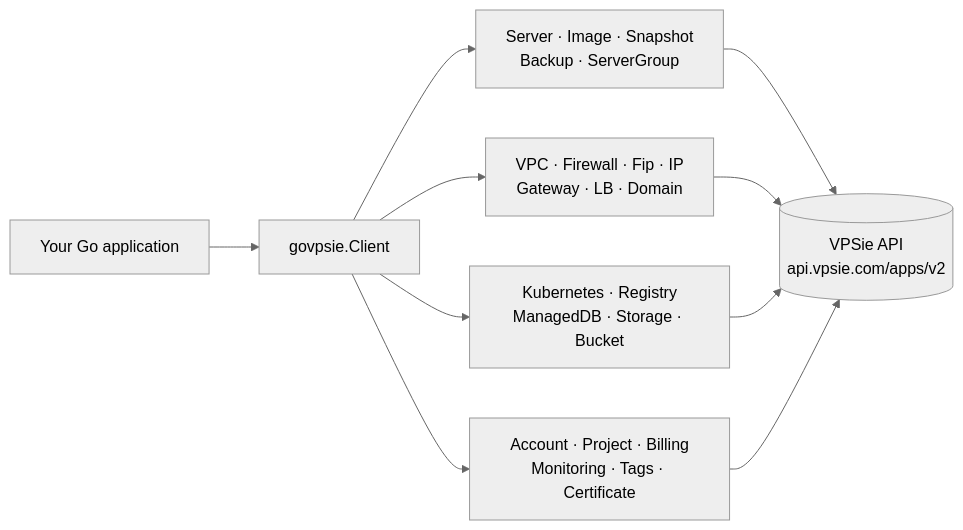
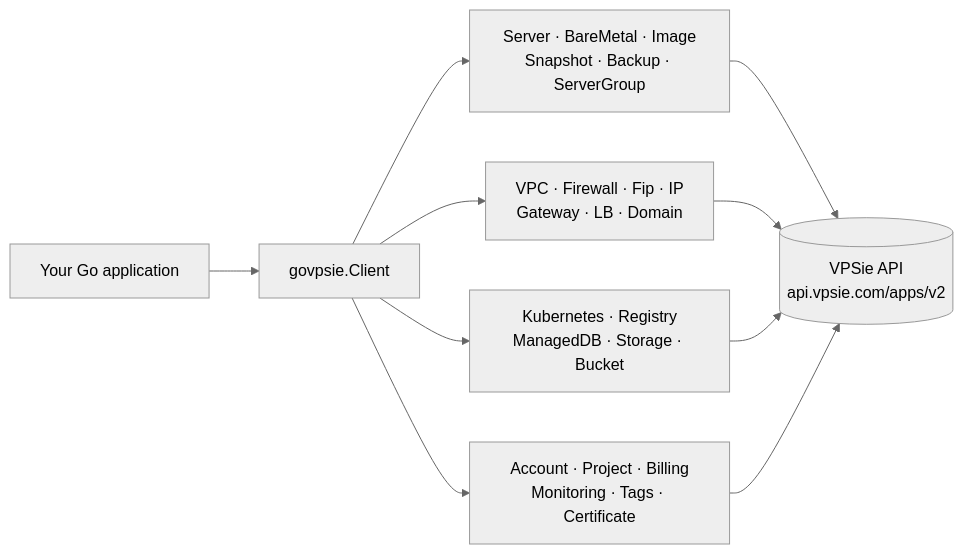
Before and after one commit to vpsie/govpsie: the first of 2 diagrams in README.md, drawn with Mermaid (neutral theme). The commit also changed other lines of this file and 5 other files, not shown here.

First line of the commit message:
feat: add the bare-metal service and typed API errors

````diff
--- a/README.md
+++ b/README.md
@@ -21,9 +21,9 @@
 ```mermaid
 flowchart LR
     App["Your Go application"] --> Client["govpsie.Client"]
-    Client --> Compute["Server · Image · Snapshot<br/>Backup · ServerGroup"]
+    Client --> Compute["Server · BareMetal · Image<br/>Snapshot · Backup · ServerGroup"]
     Client --> Network["VPC · Firewall · Fip · IP<br/>Gateway · LB · Domain"]
     Client --> Platform["Kubernetes · Registry<br/>ManagedDB · Storage · Bucket"]
     Client --> Account["Account · Project · Billing<br/>Monitoring · Tags · Certificate"]
     Compute & Network & Platform & Account --> API[("VPSie API<br/>api.vpsie.com/apps/v2")]
 ```
````
